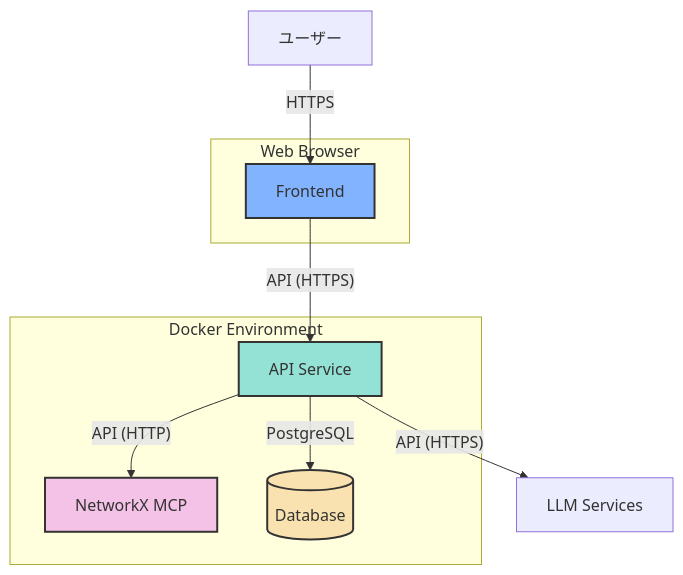
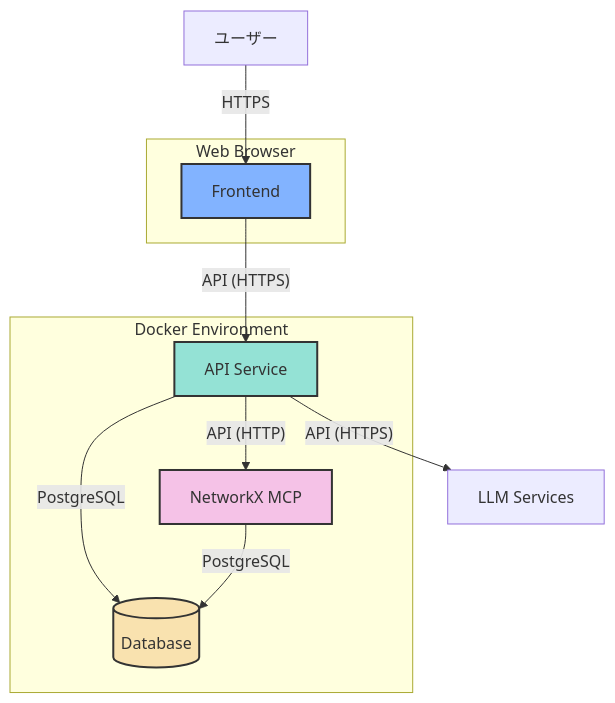
Before and after one commit to vdslab/LLMGraphvis: the second of 8 diagrams in specification/architecture.md, drawn with Mermaid. The commit also changed other lines of this file and 2 other files, not shown here.

Commit message:
feat: Update architecture and backend documentation to clarify the role of NetworkXMCP and enhance data flow descriptions

````diff
--- a/specification/architecture.md
+++ b/specification/architecture.md
@@ -32,23 +32,24 @@
 ```mermaid
 graph TD
     subgraph "Web Browser"
         F[Frontend]
     end
 
     subgraph "Docker Environment"
         B[API Service]
         N[NetworkX MCP]
         DB[(Database)]
     end
 
     U[ユーザー] -- "HTTPS" --> F
     F -- "API (HTTPS)" --> B
     B -- "API (HTTP)" --> N
     B -- "PostgreSQL" --> DB
+    N -- "PostgreSQL" --> DB
     B -- "API (HTTPS)" --> LLM[LLM Services]
 
     style F fill:#82b3ff,stroke:#333,stroke-width:2px
     style B fill:#94e2d5,stroke:#333,stroke-width:2px
     style N fill:#f5c2e7,stroke:#333,stroke-width:2px
     style DB fill:#f9e2af,stroke:#333,stroke-width:2px
 ```
````
